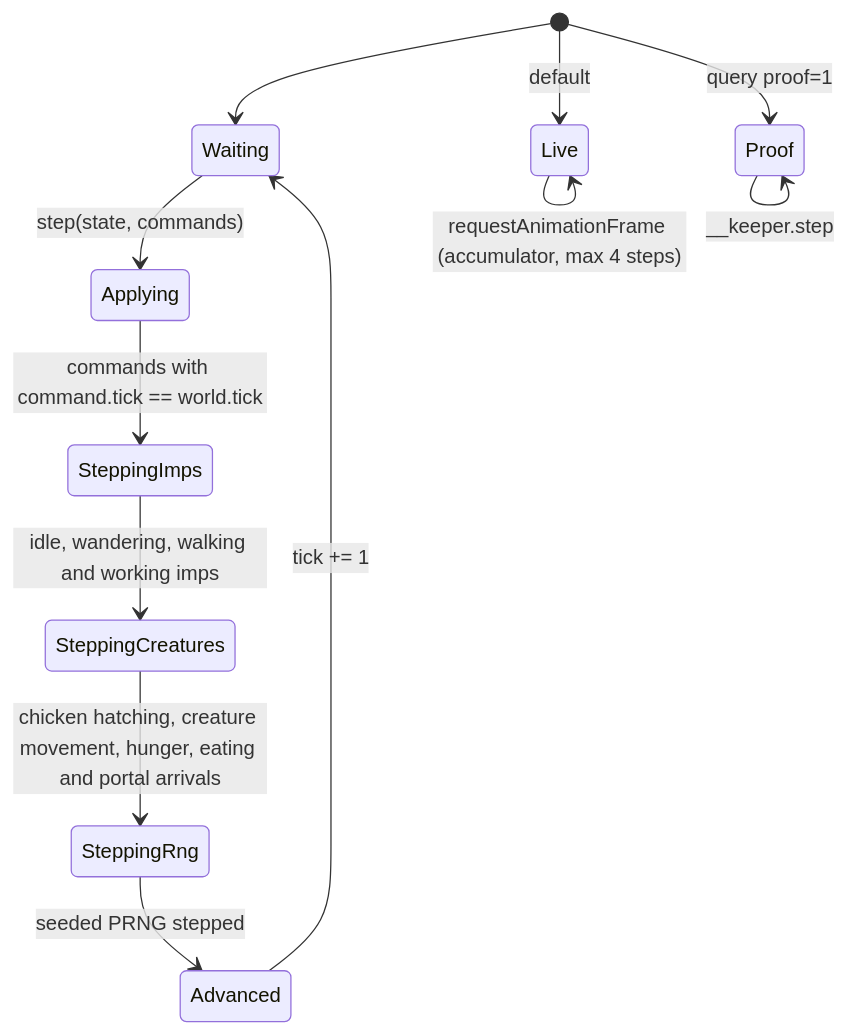
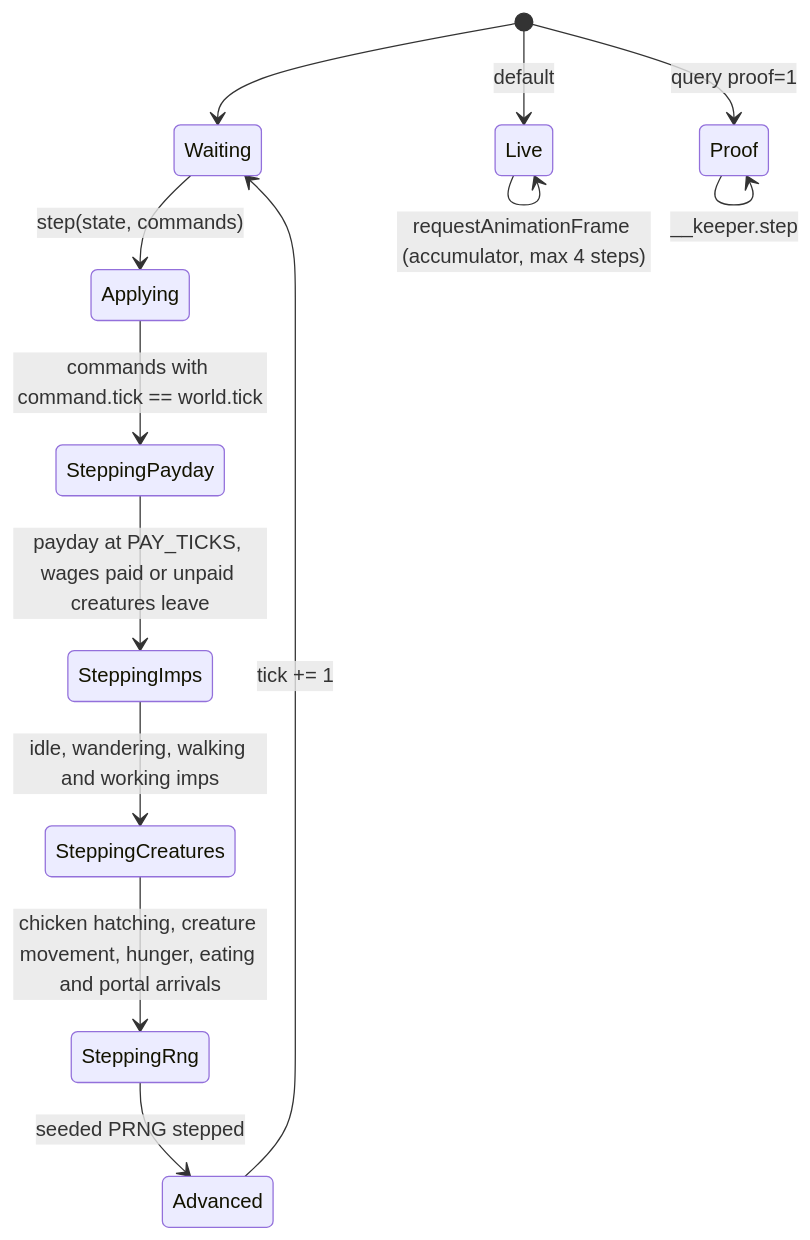
The seventh of 7 diagrams in docs/design.md (jmporchet/keeper), drawn with Mermaid before and after one commit. The commit also changed other lines of this file and 25 other files, not shown here.

Commit message:
Payday: pay creatures from treasury or they leave

````diff
--- a/docs/design.md
+++ b/docs/design.md
@@ -245,14 +254,15 @@
 ```mermaid
 stateDiagram-v2
     [*] --> Waiting
     Waiting --> Applying: step(state, commands)
-    Applying --> SteppingImps: commands with command.tick == world.tick
+    Applying --> SteppingPayday: commands with command.tick == world.tick
+    SteppingPayday --> SteppingImps: payday at PAY_TICKS, wages paid or unpaid creatures leave
     SteppingImps --> SteppingCreatures: idle, wandering, walking and working imps
     SteppingCreatures --> SteppingRng: chicken hatching, creature movement, hunger, eating and portal arrivals
     SteppingRng --> Advanced: seeded PRNG stepped
     Advanced --> Waiting: tick += 1
     [*] --> Live: default
     [*] --> Proof: query proof=1
     Live --> Live: requestAnimationFrame (accumulator, max 4 steps)
     Proof --> Proof: __keeper.step
 ```
````
